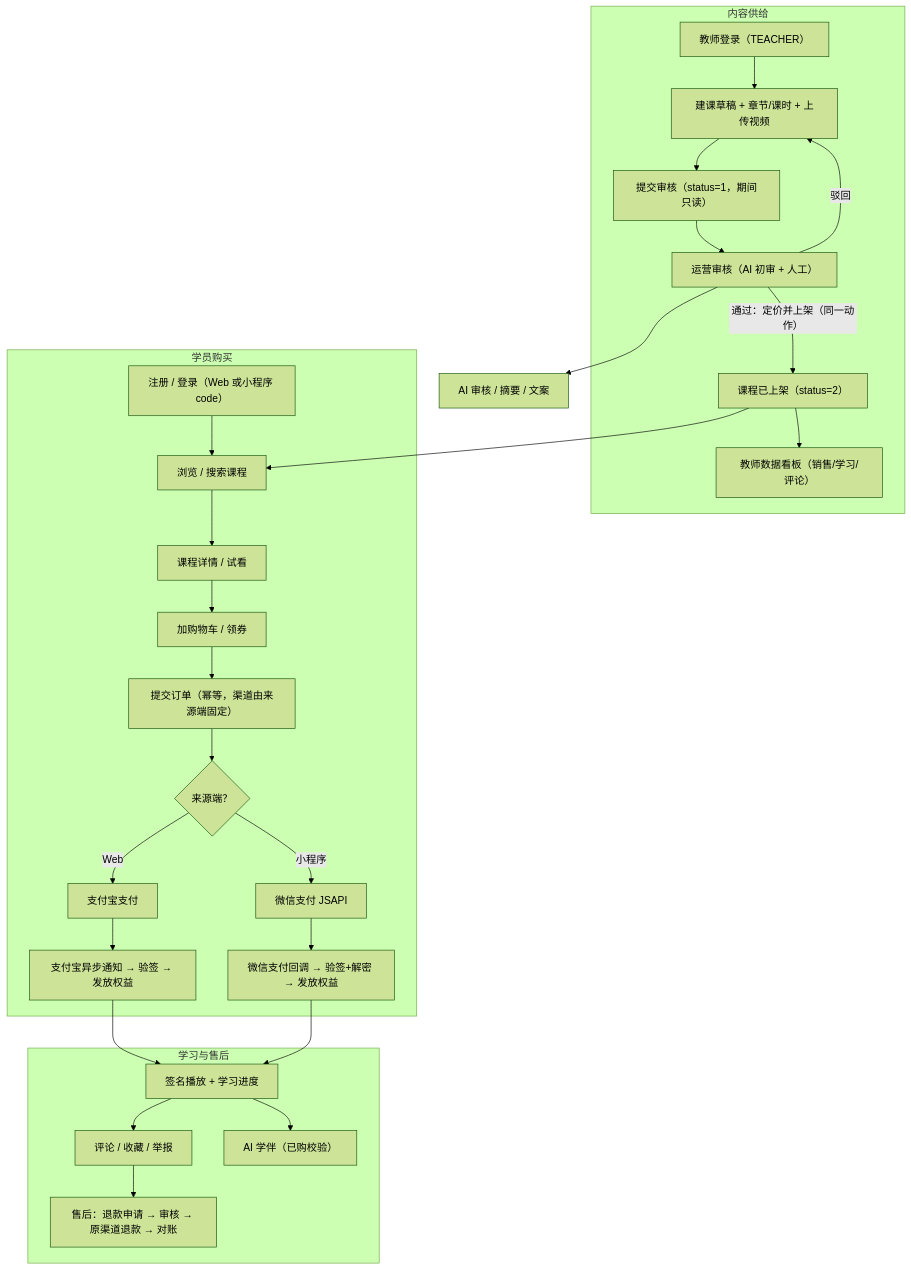
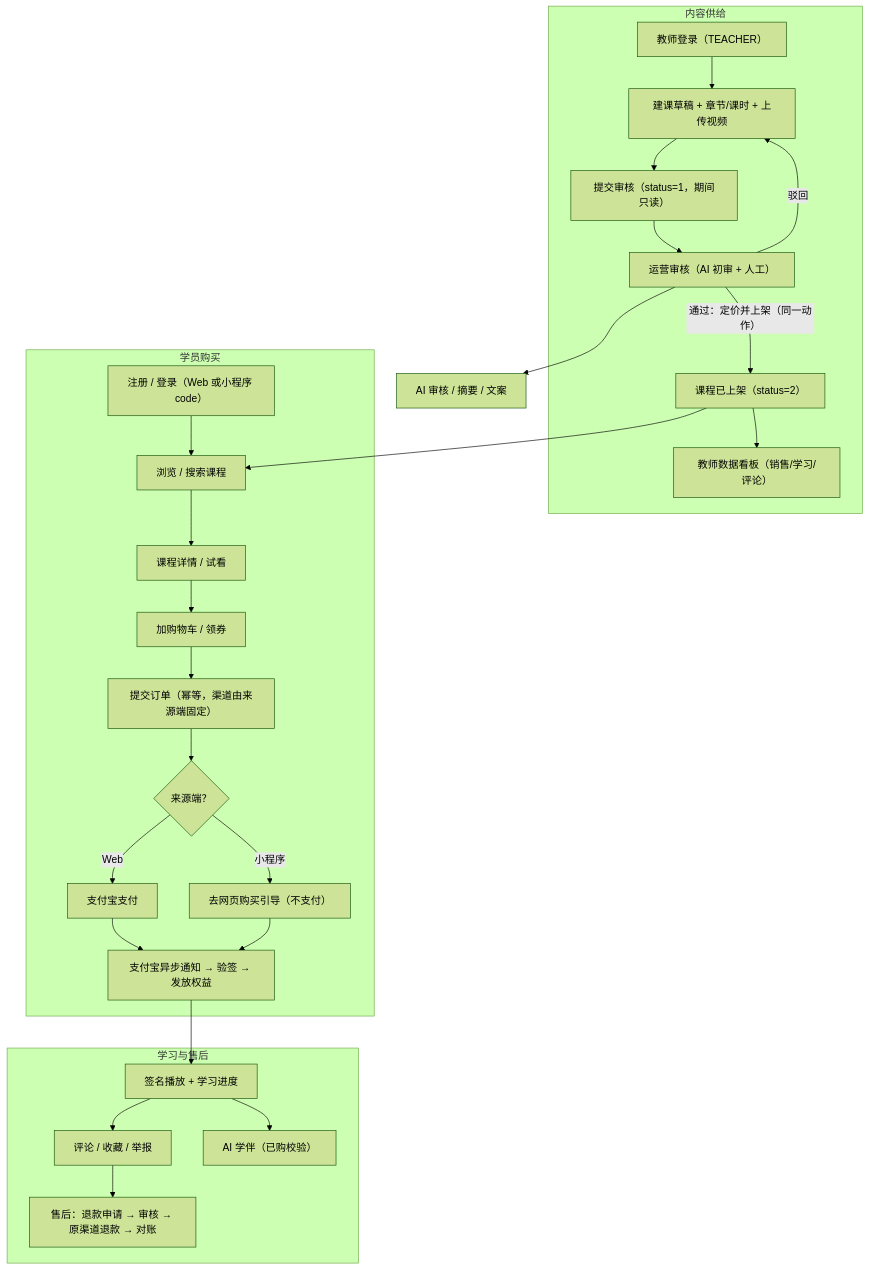
The first of 8 diagrams in docs/engineering-plan.md (HH112-ux/lesson-platform), drawn with Mermaid (forest theme) before and after one commit. The commit also changed other lines of this file and 1 other file, not shown here.

````diff
--- a/docs/engineering-plan.md
+++ b/docs/engineering-plan.md
@@ -118,34 +117,33 @@
 ```mermaid
 flowchart TB
     subgraph 内容供给
         T1["教师登录（TEACHER）"] --> T2["建课草稿 + 章节/课时 + 上传视频"]
         T2 --> T3["提交审核（status=1，期间只读）"]
         T3 --> T4["运营审核（AI 初审 + 人工）"]
         T4 -->|"通过：定价并上架（同一动作）"| T5["课程已上架（status=2）"]
         T4 -->|驳回| T2
         T5 --> T6["教师数据看板（销售/学习/评论）"]
     end
 
     subgraph 学员购买
         A["注册 / 登录（Web 或小程序 code）"] --> B["浏览 / 搜索课程"]
         B --> C["课程详情 / 试看"]
         C --> D["加购物车 / 领券"]
         D --> E["提交订单（幂等，渠道由来源端固定）"]
         E --> P{"来源端？"}
         P -->|Web| P1["支付宝支付"]
-        P -->|小程序| P2["微信支付 JSAPI"]
+        P -->|小程序| P2["去网页购买引导（不支付）"]
         P1 --> G1["支付宝异步通知 → 验签 → 发放权益"]
-        P2 --> G2["微信支付回调 → 验签+解密 → 发放权益"]
+        P2 --> G1
     end
 
     subgraph 学习与售后
         G1 --> H["签名播放 + 学习进度"]
-        G2 --> H
         H --> I["评论 / 收藏 / 举报"]
         I --> J["售后：退款申请 → 审核 → 原渠道退款 → 对账"]
         H --> K["AI 学伴（已购校验）"]
     end
 
     T5 --> B
     T4 --> L["AI 审核 / 摘要 / 文案"]
 ```
````
